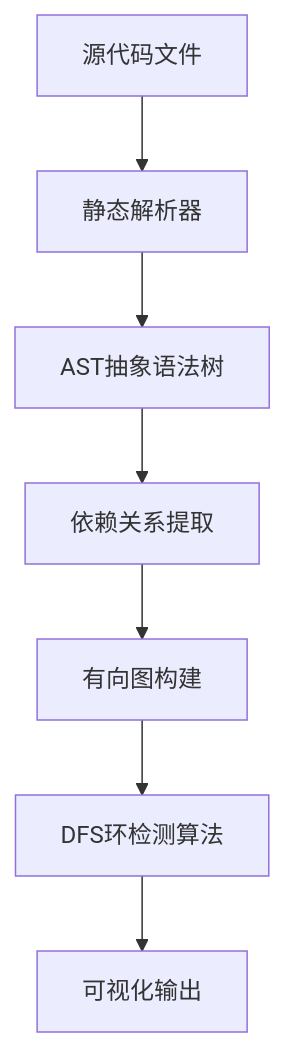
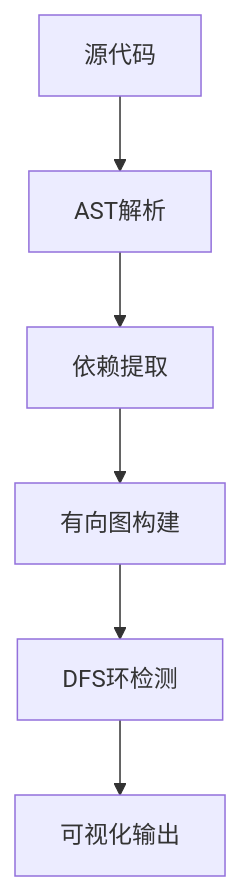
Before and after one commit to EagerGrb/EagerGrb.github.io: the diagram in robinNoteBook/docs/I-工程化/循环引用与Worker环境污染解决方案.md, drawn with Mermaid. The commit also changed other lines of this file, not shown here.

````diff
--- a/robinNoteBook/docs/I-工程化/循环引用与Worker环境污染解决方案.md
+++ b/robinNoteBook/docs/I-工程化/循环引用与Worker环境污染解决方案.md
@@ -185,9 +93,8 @@
 ```mermaid
 graph TD
-    A[源代码文件] --> B[静态解析器]
-    B --> C[AST抽象语法树]
-    C --> D[依赖关系提取]
-    D --> E[有向图构建]
-    E --> F[DFS环检测算法]
-    F --> G[可视化输出]
+    A[源代码] --> B[AST解析]
+    B --> C[依赖提取]
+    C --> D[有向图构建]
+    D --> E[DFS环检测]
+    E --> F[可视化输出]
 ```
````
